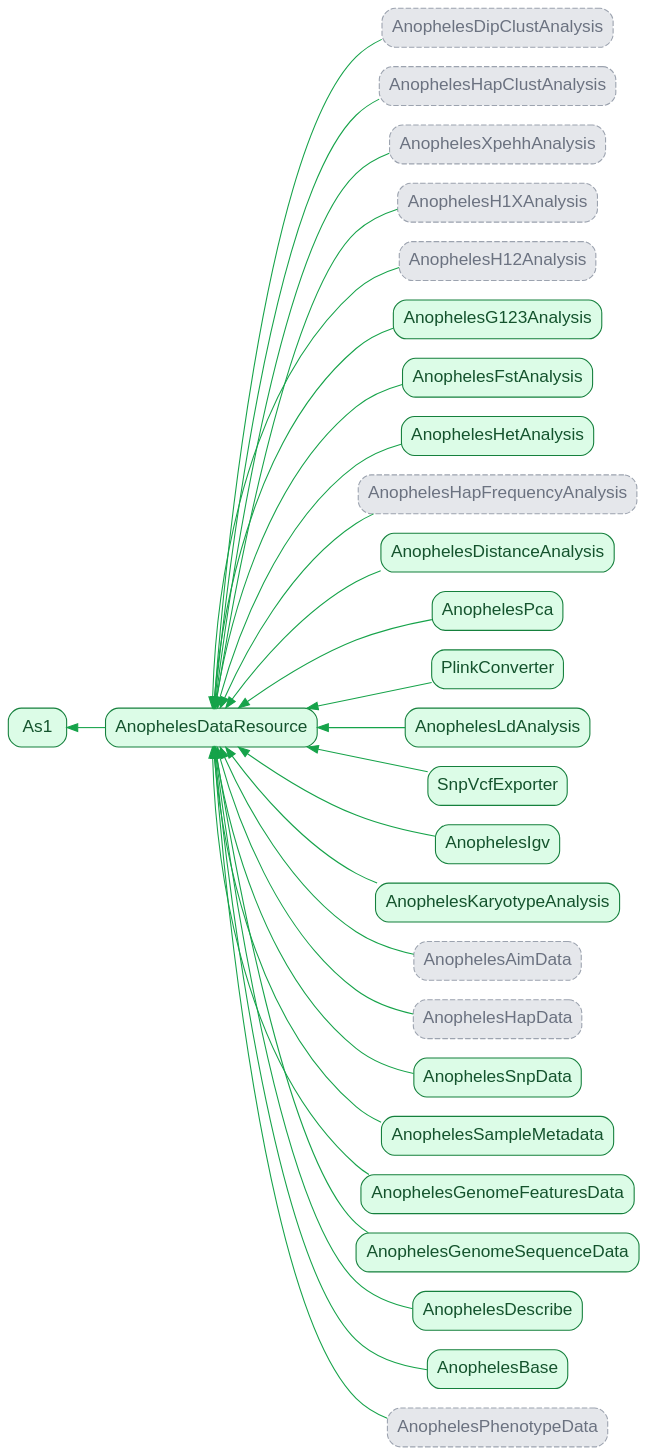
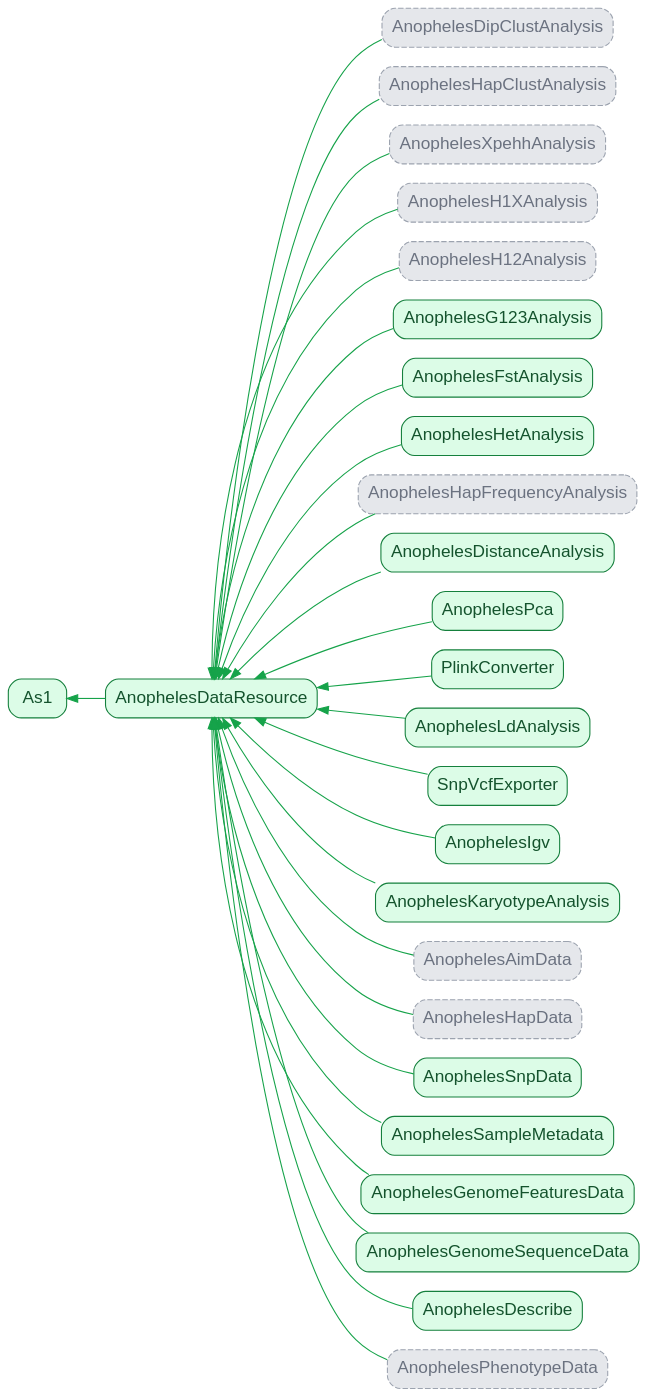
One commit to malariagen/malariagen-data-python changed the diagram in docs/source/_static/diagrams/as1_composition.dot. Above: the diagram before and after it, drawn with Graphviz. The commit also changed 5 other files, not shown here.

Commit message:
removed AnophelesBase from diagrams as don't think it really goes

```diff
--- a/docs/source/_static/diagrams/as1_composition.dot
+++ b/docs/source/_static/diagrams/as1_composition.dot
@@ -1,63 +1,61 @@
 digraph inheritance {
     bgcolor="transparent";
     rankdir=RL;
     fontsize=16;
     node [fontsize=16, shape=box, fontname="Helvetica,Arial,sans-serif"];
     edge [color="#16a34a"];
 
     "As1" [style="filled,rounded", fillcolor="#dcfce7", color="#15803d", fontcolor="#14532d", tooltip="Anopheles stephensi."];
     "AnophelesDataResource" -> "As1";
 
     "AnophelesDataResource" [style="filled,rounded", fillcolor="#dcfce7", color="#15803d", fontcolor="#14532d", URL="generated/malariagen_data.anopheles.AnophelesDataResource.html#malariagen_data.anopheles.AnophelesDataResource", tooltip="Composes every analysis mixin into one API."];
 
     "AnophelesDipClustAnalysis" [style="filled,rounded,dashed", fillcolor="#e5e7eb", color="#9ca3af", fontcolor="#6b7280", URL="generated/malariagen_data.anoph.dipclust.AnophelesDipClustAnalysis.html#malariagen_data.anoph.dipclust.AnophelesDipClustAnalysis", tooltip="Inherited, but not backed by real data for As1 - Hierarchical clustering of diplotypes (combines CNV + SNP frequency data)."];
     "AnophelesDipClustAnalysis" -> "AnophelesDataResource";
     "AnophelesHapClustAnalysis" [style="filled,rounded,dashed", fillcolor="#e5e7eb", color="#9ca3af", fontcolor="#6b7280", URL="generated/malariagen_data.anoph.hapclust.AnophelesHapClustAnalysis.html#malariagen_data.anoph.hapclust.AnophelesHapClustAnalysis", tooltip="Inherited, but not backed by real data for As1 - Hierarchical clustering and sharing analysis of phased haplotypes."];
     "AnophelesHapClustAnalysis" -> "AnophelesDataResource";
     "AnophelesXpehhAnalysis" [style="filled,rounded,dashed", fillcolor="#e5e7eb", color="#9ca3af", fontcolor="#6b7280", URL="generated/malariagen_data.anoph.xpehh.AnophelesXpehhAnalysis.html#malariagen_data.anoph.xpehh.AnophelesXpehhAnalysis", tooltip="Inherited, but not backed by real data for As1 - Cross-population extended haplotype homozygosity (XP-EHH) selection scans."];
     "AnophelesXpehhAnalysis" -> "AnophelesDataResource";
     "AnophelesH1XAnalysis" [style="filled,rounded,dashed", fillcolor="#e5e7eb", color="#9ca3af", fontcolor="#6b7280", URL="generated/malariagen_data.anoph.h1x.AnophelesH1XAnalysis.html#malariagen_data.anoph.h1x.AnophelesH1XAnalysis", tooltip="Inherited, but not backed by real data for As1 - H1X genome-wide scans for differentiation between two cohorts."];
     "AnophelesH1XAnalysis" -> "AnophelesDataResource";
     "AnophelesH12Analysis" [style="filled,rounded,dashed", fillcolor="#e5e7eb", color="#9ca3af", fontcolor="#6b7280", URL="generated/malariagen_data.anoph.h12.AnophelesH12Analysis.html#malariagen_data.anoph.h12.AnophelesH12Analysis", tooltip="Inherited, but not backed by real data for As1 - H12 genome-wide selection scans and calibration."];
     "AnophelesH12Analysis" -> "AnophelesDataResource";
     "AnophelesG123Analysis" [style="filled,rounded", fillcolor="#dcfce7", color="#15803d", fontcolor="#14532d", URL="generated/malariagen_data.anoph.g123.AnophelesG123Analysis.html#malariagen_data.anoph.g123.AnophelesG123Analysis", tooltip="G123 genome-wide selection scans and calibration (unphased genotypes)."];
     "AnophelesG123Analysis" -> "AnophelesDataResource";
     "AnophelesFstAnalysis" [style="filled,rounded", fillcolor="#dcfce7", color="#15803d", fontcolor="#14532d", URL="generated/malariagen_data.anoph.fst.AnophelesFstAnalysis.html#malariagen_data.anoph.fst.AnophelesFstAnalysis", tooltip="Fst (genetic differentiation) statistics, gwss and pairwise cohort comparisons."];
     "AnophelesFstAnalysis" -> "AnophelesDataResource";
     "AnophelesHetAnalysis" [style="filled,rounded", fillcolor="#dcfce7", color="#15803d", fontcolor="#14532d", URL="generated/malariagen_data.anoph.heterozygosity.AnophelesHetAnalysis.html#malariagen_data.anoph.heterozygosity.AnophelesHetAnalysis", tooltip="Per-sample and per-cohort heterozygosity, and runs-of-homozygosity (ROH)."];
     "AnophelesHetAnalysis" -> "AnophelesDataResource";
     "AnophelesHapFrequencyAnalysis" [style="filled,rounded,dashed", fillcolor="#e5e7eb", color="#9ca3af", fontcolor="#6b7280", URL="generated/malariagen_data.anoph.hap_frq.AnophelesHapFrequencyAnalysis.html#malariagen_data.anoph.hap_frq.AnophelesHapFrequencyAnalysis", tooltip="Inherited, but not backed by real data for As1 - Haplotype frequency calculations, by cohort."];
     "AnophelesHapFrequencyAnalysis" -> "AnophelesDataResource";
     "AnophelesDistanceAnalysis" [style="filled,rounded", fillcolor="#dcfce7", color="#15803d", fontcolor="#14532d", URL="generated/malariagen_data.anoph.distance.AnophelesDistanceAnalysis.html#malariagen_data.anoph.distance.AnophelesDistanceAnalysis", tooltip="Pairwise genetic distance matrices and neighbour-joining trees."];
     "AnophelesDistanceAnalysis" -> "AnophelesDataResource";
     "AnophelesPca" [style="filled,rounded", fillcolor="#dcfce7", color="#15803d", fontcolor="#14532d", URL="generated/malariagen_data.anoph.pca.AnophelesPca.html#malariagen_data.anoph.pca.AnophelesPca", tooltip="Principal components analysis of biallelic SNPs."];
     "AnophelesPca" -> "AnophelesDataResource";
     "PlinkConverter" [style="filled,rounded", fillcolor="#dcfce7", color="#15803d", fontcolor="#14532d", URL="generated/malariagen_data.anoph.to_plink.PlinkConverter.html#malariagen_data.anoph.to_plink.PlinkConverter", tooltip="Export biallelic SNP calls to PLINK format."];
     "PlinkConverter" -> "AnophelesDataResource";
     "AnophelesLdAnalysis" [style="filled,rounded", fillcolor="#dcfce7", color="#15803d", fontcolor="#14532d", URL="generated/malariagen_data.anoph.ld.AnophelesLdAnalysis.html#malariagen_data.anoph.ld.AnophelesLdAnalysis", tooltip="Linkage-disequilibrium pruning of biallelic SNP calls."];
     "AnophelesLdAnalysis" -> "AnophelesDataResource";
     "SnpVcfExporter" [style="filled,rounded", fillcolor="#dcfce7", color="#15803d", fontcolor="#14532d", URL="generated/malariagen_data.anoph.to_vcf.SnpVcfExporter.html#malariagen_data.anoph.to_vcf.SnpVcfExporter", tooltip="Export SNP calls to VCF format."];
     "SnpVcfExporter" -> "AnophelesDataResource";
     "AnophelesIgv" [style="filled,rounded", fillcolor="#dcfce7", color="#15803d", fontcolor="#14532d", URL="generated/malariagen_data.anoph.igv.AnophelesIgv.html#malariagen_data.anoph.igv.AnophelesIgv", tooltip="Embed an IGV.js genome browser / view read alignments."];
     "AnophelesIgv" -> "AnophelesDataResource";
     "AnophelesKaryotypeAnalysis" [style="filled,rounded", fillcolor="#dcfce7", color="#15803d", fontcolor="#14532d", URL="generated/malariagen_data.anoph.karyotype.AnophelesKaryotypeAnalysis.html#malariagen_data.anoph.karyotype.AnophelesKaryotypeAnalysis", tooltip="Chromosomal inversion karyotyping from tag SNPs."];
     "AnophelesKaryotypeAnalysis" -> "AnophelesDataResource";
     "AnophelesAimData" [style="filled,rounded,dashed", fillcolor="#e5e7eb", color="#9ca3af", fontcolor="#6b7280", URL="generated/malariagen_data.anoph.aim_data.AnophelesAimData.html#malariagen_data.anoph.aim_data.AnophelesAimData", tooltip="Inherited, but not backed by real data for As1 - Ancestry-informative marker (AIM) variant and species-call access."];
     "AnophelesAimData" -> "AnophelesDataResource";
     "AnophelesHapData" [style="filled,rounded,dashed", fillcolor="#e5e7eb", color="#9ca3af", fontcolor="#6b7280", URL="generated/malariagen_data.anoph.hap_data.AnophelesHapData.html#malariagen_data.anoph.hap_data.AnophelesHapData", tooltip="Inherited, but not backed by real data for As1 - Access to phased haplotype reference panel data."];
     "AnophelesHapData" -> "AnophelesDataResource";
     "AnophelesSnpData" [style="filled,rounded", fillcolor="#dcfce7", color="#15803d", fontcolor="#14532d", URL="generated/malariagen_data.anoph.snp_data.AnophelesSnpData.html#malariagen_data.anoph.snp_data.AnophelesSnpData", tooltip="Core SNP genotype, site filter and site annotation data access."];
     "AnophelesSnpData" -> "AnophelesDataResource";
     "AnophelesSampleMetadata" [style="filled,rounded", fillcolor="#dcfce7", color="#15803d", fontcolor="#14532d", URL="generated/malariagen_data.anoph.sample_metadata.AnophelesSampleMetadata.html#malariagen_data.anoph.sample_metadata.AnophelesSampleMetadata", tooltip="Sample and cohort metadata access."];
     "AnophelesSampleMetadata" -> "AnophelesDataResource";
     "AnophelesGenomeFeaturesData" [style="filled,rounded", fillcolor="#dcfce7", color="#15803d", fontcolor="#14532d", URL="generated/malariagen_data.anoph.genome_features.AnophelesGenomeFeaturesData.html#malariagen_data.anoph.genome_features.AnophelesGenomeFeaturesData", tooltip="GFF3 genome feature annotation access (genes, transcripts, exons)."];
     "AnophelesGenomeFeaturesData" -> "AnophelesDataResource";
     "AnophelesGenomeSequenceData" [style="filled,rounded", fillcolor="#dcfce7", color="#15803d", fontcolor="#14532d", URL="generated/malariagen_data.anoph.genome_sequence.AnophelesGenomeSequenceData.html#malariagen_data.anoph.genome_sequence.AnophelesGenomeSequenceData", tooltip="Reference genome sequence access."];
     "AnophelesGenomeSequenceData" -> "AnophelesDataResource";
     "AnophelesDescribe" [style="filled,rounded", fillcolor="#dcfce7", color="#15803d", fontcolor="#14532d", URL="generated/malariagen_data.anoph.describe.AnophelesDescribe.html#malariagen_data.anoph.describe.AnophelesDescribe", tooltip="API introspection and discovery (describe_api)."];
     "AnophelesDescribe" -> "AnophelesDataResource";
-    "AnophelesBase" [style="filled,rounded", fillcolor="#dcfce7", color="#15803d", fontcolor="#14532d", URL="generated/malariagen_data.anoph.base.AnophelesBase.html#malariagen_data.anoph.base.AnophelesBase", tooltip="Foundational config, release and file-access plumbing shared by everything."];
-    "AnophelesBase" -> "AnophelesDataResource";
     "AnophelesPhenotypeData" [style="filled,rounded,dashed", fillcolor="#e5e7eb", color="#9ca3af", fontcolor="#6b7280", URL="generated/malariagen_data.anoph.phenotypes.AnophelesPhenotypeData.html#malariagen_data.anoph.phenotypes.AnophelesPhenotypeData", tooltip="Inherited, but not backed by real data for As1 - Insecticide resistance phenotype data access."];
     "AnophelesPhenotypeData" -> "AnophelesDataResource";
 }
```
